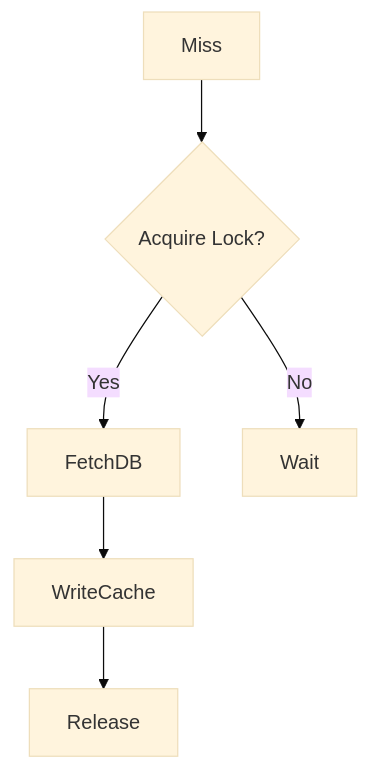
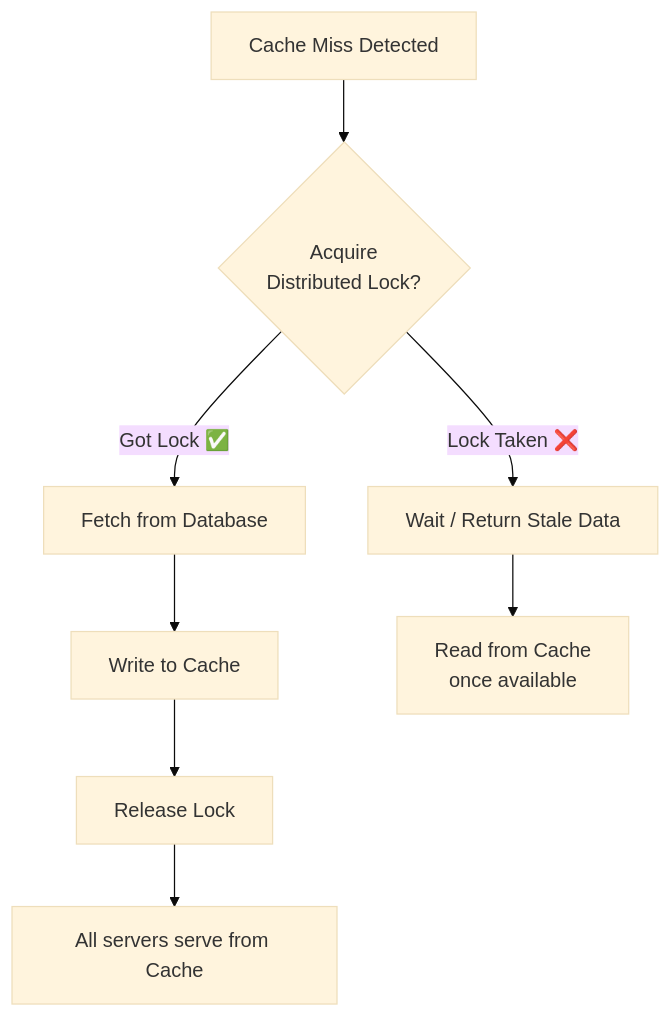
Before and after one commit to amolkharat18/blogs: the seventh of 11 diagrams in system-design/thundering-herd-problem-mr.md, drawn with Mermaid (base theme). The commit also changed other lines of this file, not shown here.

````diff
--- a/system-design/thundering-herd-problem-mr.md
+++ b/system-design/thundering-herd-problem-mr.md
@@ -217,8 +250,11 @@
 ```mermaid
 flowchart TD
-    Miss --> Lock{Acquire Lock?}
-    Lock -->|Yes| FetchDB
-    Lock -->|No| Wait
-    FetchDB --> WriteCache
-    WriteCache --> Release
+    CacheMiss[Cache Miss Detected] --> TryLock{Acquire<br>Distributed Lock?}
+    TryLock -->|Got Lock ✅| FetchDB[Fetch from Database]
+    TryLock -->|Lock Taken ❌| Wait[Wait / Return Stale Data]
+    FetchDB --> WriteCache[Write to Cache]
+    WriteCache --> ReleaseLock[Release Lock]
+    ReleaseLock --> ServeAll[All servers serve from Cache]
+    Wait --> ReadCache[Read from Cache<br>once available]
+    
 ```
````
